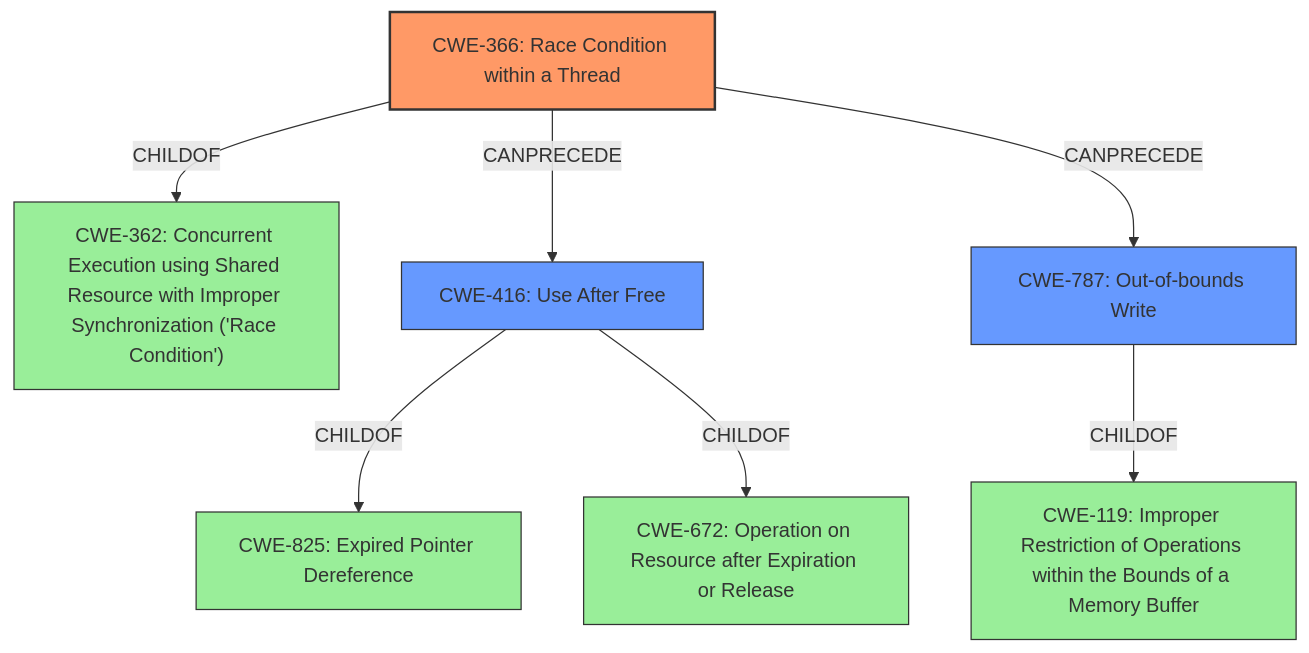
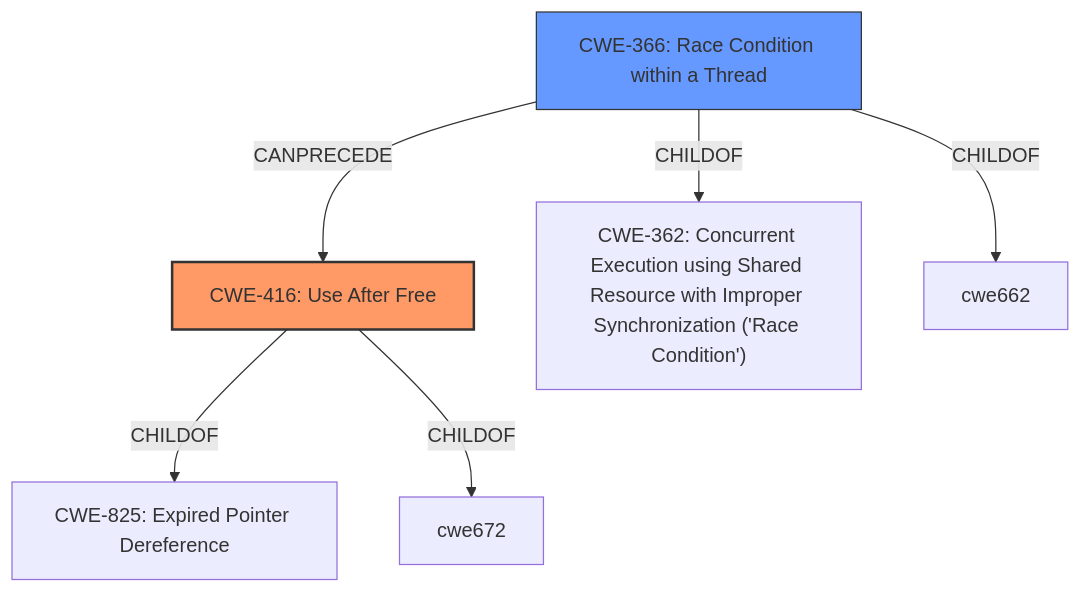
Before and after one commit to CyberSecAI/cwe_agent_assign_reports_2023: the diagram in CVE-2021-21166/CVE-2021-21166_analysis.md, drawn with Mermaid. The commit also changed other lines of this file and 902 other files, not shown here.

````diff
--- a/CVE-2021-21166/CVE-2021-21166_analysis.md
+++ b/CVE-2021-21166/CVE-2021-21166_analysis.md
@@ -22,24 +17,19 @@
 ```mermaid
 graph TD
+    cwe416["CWE-416: Use After Free"]
     cwe366["CWE-366: Race Condition within a Thread"]
     cwe362["CWE-362: Concurrent Execution using Shared Resource with Improper Synchronization ('Race Condition')"]
-    cwe416["CWE-416: Use After Free"]
-    cwe787["CWE-787: Out-of-bounds Write"]
-    cwe119["CWE-119: Improper Restriction of Operations within the Bounds of a Memory Buffer"]
     cwe825["CWE-825: Expired Pointer Dereference"]
-    cwe672["CWE-672: Operation on Resource after Expiration or Release"]
-    
-    cwe366 -->|CHILDOF| cwe362
+
     cwe416 -->|CHILDOF| cwe825
     cwe416 -->|CHILDOF| cwe672
-    cwe787 -->|CHILDOF| cwe119
+    cwe366 -->|CHILDOF| cwe362
+    cwe366 -->|CHILDOF| cwe662
     cwe366 -->|CANPRECEDE| cwe416
-    cwe366 -->|CANPRECEDE| cwe787
-    
+
     classDef primary fill:#f96,stroke:#333,stroke-width:2px
     classDef secondary fill:#69f,stroke:#333
-    classDef tertiary fill:#9e9,stroke:#333
-    class cwe366 primary
-    class cwe416,cwe787 secondary
-    class cwe362,cwe119,cwe825,cwe672 tertiary
+    class cwe416 primary
+    class cwe366 secondary
+    class cwe362,cwe825,cwe672 tertiary
 ```
````
